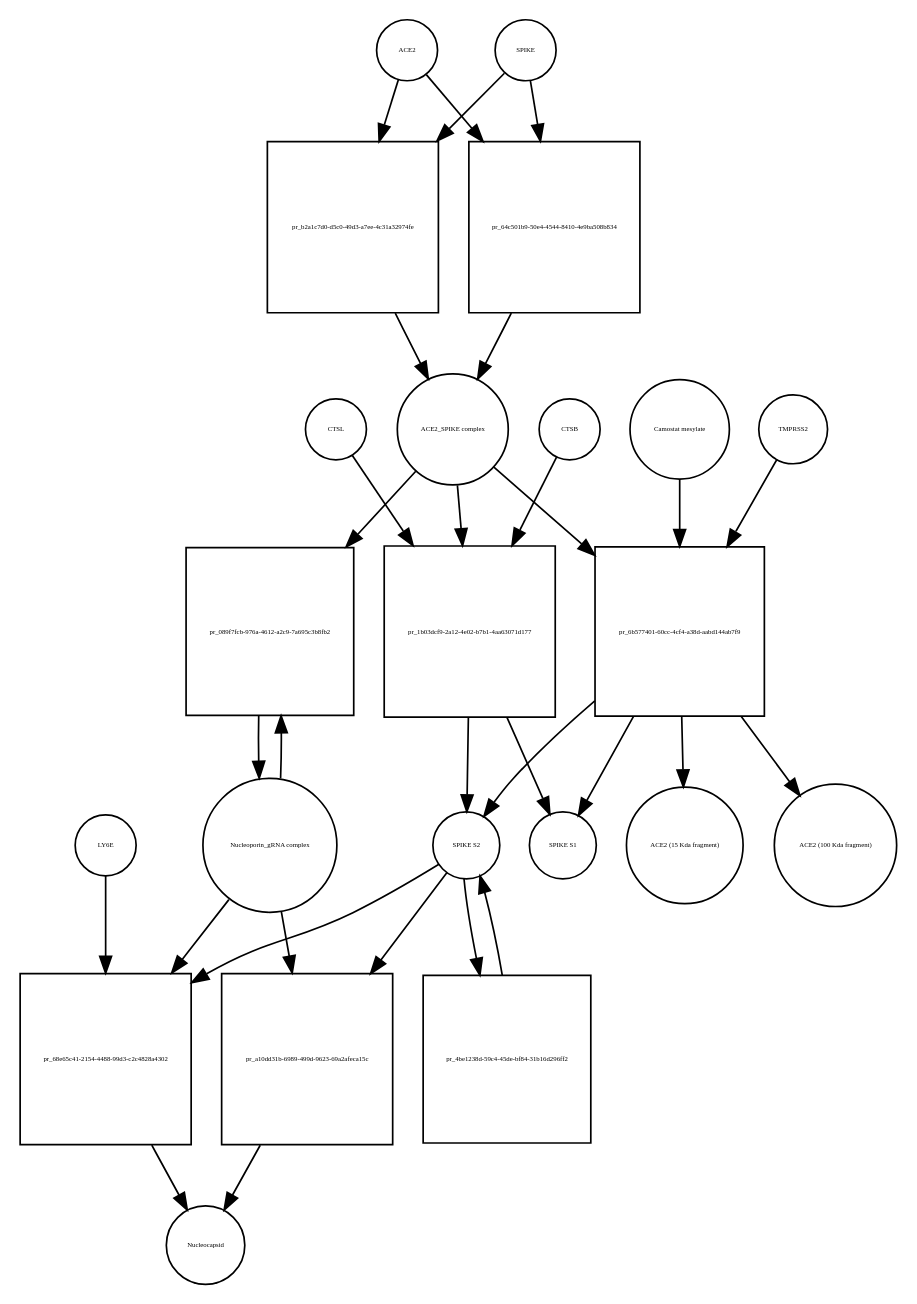
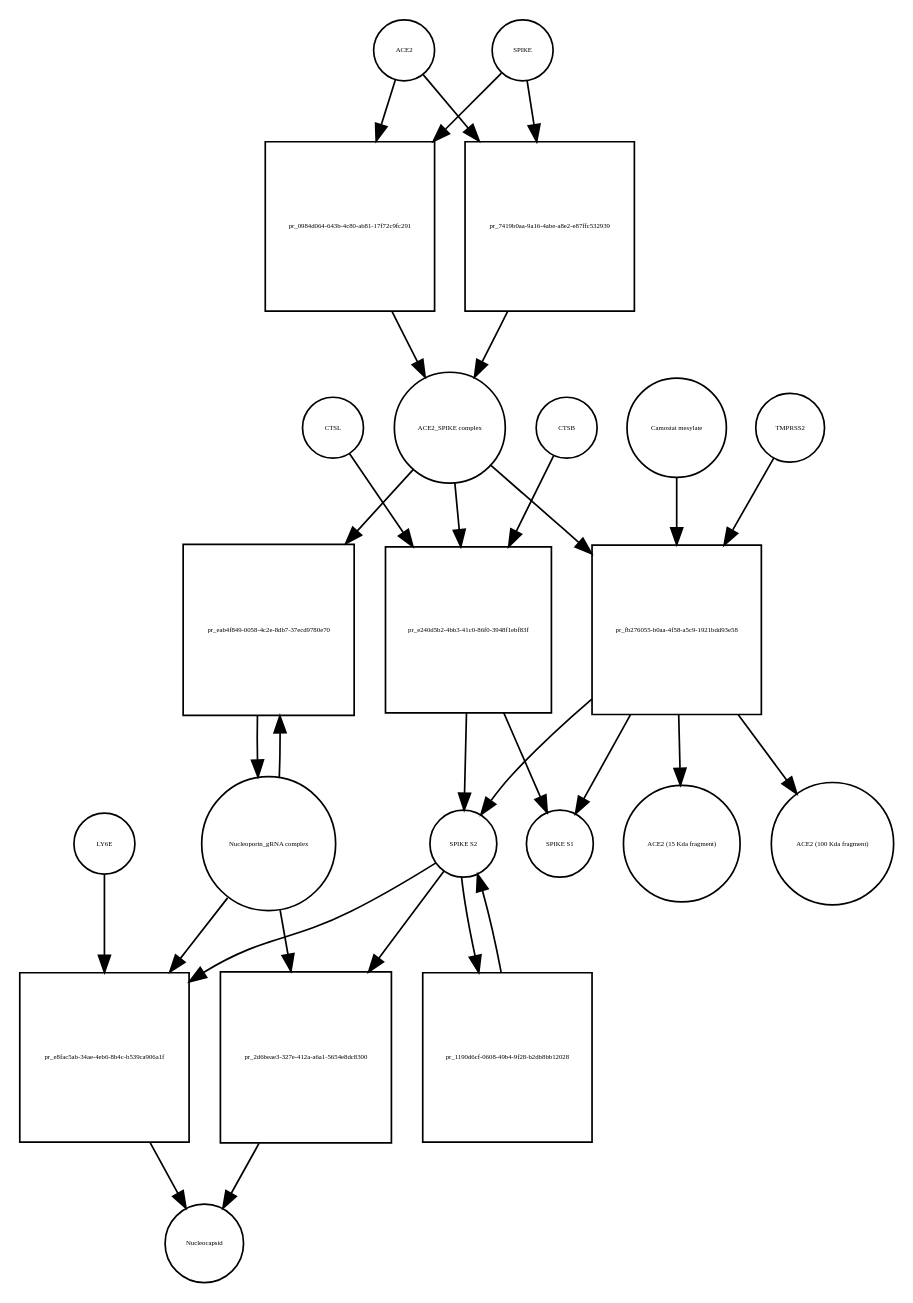
Before and after one commit to cannin/covid19-sbgn: the diagram in Virus_replication_cycle_V02.xml_bipartite.dot, drawn with Graphviz. The commit also changed 564 other files, not shown here.

```diff
--- a/Virus_replication_cycle_V02.xml_bipartite.dot
+++ b/Virus_replication_cycle_V02.xml_bipartite.dot
@@ -1,54 +1,54 @@
 strict digraph  {
 ACE2 [annotation="", bipartite=0, cls=macromolecule, fontsize=4, label=ACE2, shape=circle];
-"pr_b2a1c7d0-d5c0-49d3-a7ee-4c31a32974fe" [annotation="", bipartite=1, cls=process, fontsize=4, label="pr_b2a1c7d0-d5c0-49d3-a7ee-4c31a32974fe", shape=square];
+"pr_0984d064-643b-4c80-ab81-17f72c9fc291" [annotation="", bipartite=1, cls=process, fontsize=4, label="pr_0984d064-643b-4c80-ab81-17f72c9fc291", shape=square];
 "ACE2_SPIKE complex" [annotation="", bipartite=0, cls=complex, fontsize=4, label="ACE2_SPIKE complex", shape=circle];
 SPIKE [annotation="", bipartite=0, cls="macromolecule multimer", fontsize=4, label=SPIKE, shape=circle];
 "Nucleoporin_gRNA complex " [annotation="", bipartite=0, cls=complex, fontsize=4, label="Nucleoporin_gRNA complex ", shape=circle];
-"pr_089f7fcb-976a-4612-a2c9-7a695c3b8fb2" [annotation="", bipartite=1, cls=process, fontsize=4, label="pr_089f7fcb-976a-4612-a2c9-7a695c3b8fb2", shape=square];
-"pr_1b03dcf9-2a12-4e02-b7b1-4aa63071d177" [annotation="", bipartite=1, cls=process, fontsize=4, label="pr_1b03dcf9-2a12-4e02-b7b1-4aa63071d177", shape=square];
+"pr_eab4f849-0058-4c2e-8db7-37ecd9780e70" [annotation="", bipartite=1, cls=process, fontsize=4, label="pr_eab4f849-0058-4c2e-8db7-37ecd9780e70", shape=square];
+"pr_e240d5b2-4bb3-41c0-86f0-3948f1ebf83f" [annotation="", bipartite=1, cls=process, fontsize=4, label="pr_e240d5b2-4bb3-41c0-86f0-3948f1ebf83f", shape=square];
 "SPIKE S2" [annotation="", bipartite=0, cls=macromolecule, fontsize=4, label="SPIKE S2", shape=circle];
 CTSB [annotation="", bipartite=0, cls=macromolecule, fontsize=4, label=CTSB, shape=circle];
 CTSL [annotation="", bipartite=0, cls=macromolecule, fontsize=4, label=CTSL, shape=circle];
 "SPIKE S1" [annotation="", bipartite=0, cls=macromolecule, fontsize=4, label="SPIKE S1", shape=circle];
-"pr_6b577401-60cc-4cf4-a38d-aabd144ab7f9" [annotation="", bipartite=1, cls=process, fontsize=4, label="pr_6b577401-60cc-4cf4-a38d-aabd144ab7f9", shape=square];
+"pr_fb276055-b0aa-4f58-a5c9-1921bdd93e58" [annotation="", bipartite=1, cls=process, fontsize=4, label="pr_fb276055-b0aa-4f58-a5c9-1921bdd93e58", shape=square];
 TMPRSS2 [annotation="", bipartite=0, cls=macromolecule, fontsize=4, label=TMPRSS2, shape=circle];
 "Camostat mesylate" [annotation="urn_miriam_pubchem.compound_2536", bipartite=0, cls="simple chemical", fontsize=4, label="Camostat mesylate", shape=circle];
 "ACE2 (15 Kda fragment)" [annotation="", bipartite=0, cls=macromolecule, fontsize=4, label="ACE2 (15 Kda fragment)", shape=circle];
 "ACE2 (100 Kda fragment)" [annotation="", bipartite=0, cls=macromolecule, fontsize=4, label="ACE2 (100 Kda fragment)", shape=circle];
-"pr_64c501b9-50e4-4544-8410-4e9ba508b834" [annotation="", bipartite=1, cls=process, fontsize=4, label="pr_64c501b9-50e4-4544-8410-4e9ba508b834", shape=square];
-"pr_68e65c41-2154-4488-99d3-c2c4828a4302" [annotation="", bipartite=1, cls=process, fontsize=4, label="pr_68e65c41-2154-4488-99d3-c2c4828a4302", shape=square];
+"pr_7419b0aa-9a16-4abe-a8e2-e87ffc532939" [annotation="", bipartite=1, cls=process, fontsize=4, label="pr_7419b0aa-9a16-4abe-a8e2-e87ffc532939", shape=square];
+"pr_e8fac5ab-34ae-4eb6-8b4c-b539ca906a1f" [annotation="", bipartite=1, cls=process, fontsize=4, label="pr_e8fac5ab-34ae-4eb6-8b4c-b539ca906a1f", shape=square];
 Nucleocapsid [annotation="", bipartite=0, cls=complex, fontsize=4, label=Nucleocapsid, shape=circle];
 LY6E [annotation="", bipartite=0, cls=macromolecule, fontsize=4, label=LY6E, shape=circle];
-"pr_4be1238d-59c4-45de-bf84-31b16d296ff2" [annotation="", bipartite=1, cls=process, fontsize=4, label="pr_4be1238d-59c4-45de-bf84-31b16d296ff2", shape=square];
-"pr_a10dd31b-6989-499d-9623-69a2afeca15c" [annotation="", bipartite=1, cls=process, fontsize=4, label="pr_a10dd31b-6989-499d-9623-69a2afeca15c", shape=square];
-ACE2 -> "pr_b2a1c7d0-d5c0-49d3-a7ee-4c31a32974fe"  [annotation="", interaction_type=consumption];
-ACE2 -> "pr_64c501b9-50e4-4544-8410-4e9ba508b834"  [annotation="", interaction_type=consumption];
-"pr_b2a1c7d0-d5c0-49d3-a7ee-4c31a32974fe" -> "ACE2_SPIKE complex"  [annotation="", interaction_type=production];
-"ACE2_SPIKE complex" -> "pr_089f7fcb-976a-4612-a2c9-7a695c3b8fb2"  [annotation="urn_miriam_pubmed_32142651|urn_miriam_pubmed_32094589", interaction_type=stimulation];
-"ACE2_SPIKE complex" -> "pr_1b03dcf9-2a12-4e02-b7b1-4aa63071d177"  [annotation="", interaction_type=consumption];
-"ACE2_SPIKE complex" -> "pr_6b577401-60cc-4cf4-a38d-aabd144ab7f9"  [annotation="", interaction_type=consumption];
-SPIKE -> "pr_b2a1c7d0-d5c0-49d3-a7ee-4c31a32974fe"  [annotation="", interaction_type=consumption];
-SPIKE -> "pr_64c501b9-50e4-4544-8410-4e9ba508b834"  [annotation="", interaction_type=consumption];
-"Nucleoporin_gRNA complex " -> "pr_089f7fcb-976a-4612-a2c9-7a695c3b8fb2"  [annotation="", interaction_type=consumption];
-"Nucleoporin_gRNA complex " -> "pr_68e65c41-2154-4488-99d3-c2c4828a4302"  [annotation="", interaction_type=consumption];
-"Nucleoporin_gRNA complex " -> "pr_a10dd31b-6989-499d-9623-69a2afeca15c"  [annotation="", interaction_type=consumption];
-"pr_089f7fcb-976a-4612-a2c9-7a695c3b8fb2" -> "Nucleoporin_gRNA complex "  [annotation="", interaction_type=production];
-"pr_1b03dcf9-2a12-4e02-b7b1-4aa63071d177" -> "SPIKE S2"  [annotation="", interaction_type=production];
-"pr_1b03dcf9-2a12-4e02-b7b1-4aa63071d177" -> "SPIKE S1"  [annotation="", interaction_type=production];
-"SPIKE S2" -> "pr_68e65c41-2154-4488-99d3-c2c4828a4302"  [annotation="urn_miriam_doi_10.1101%2F2020.03.05.979260|urn_miriam_doi_10.1101%2F2020.04.02.021469", interaction_type=stimulation];
-"SPIKE S2" -> "pr_4be1238d-59c4-45de-bf84-31b16d296ff2"  [annotation="", interaction_type=consumption];
-"SPIKE S2" -> "pr_a10dd31b-6989-499d-9623-69a2afeca15c"  [annotation="", interaction_type=stimulation];
-CTSB -> "pr_1b03dcf9-2a12-4e02-b7b1-4aa63071d177"  [annotation=urn_miriam_pubmed_32142651, interaction_type=catalysis];
-CTSL -> "pr_1b03dcf9-2a12-4e02-b7b1-4aa63071d177"  [annotation=urn_miriam_pubmed_32142651, interaction_type=catalysis];
-"pr_6b577401-60cc-4cf4-a38d-aabd144ab7f9" -> "SPIKE S2"  [annotation="", interaction_type=production];
-"pr_6b577401-60cc-4cf4-a38d-aabd144ab7f9" -> "SPIKE S1"  [annotation="", interaction_type=production];
-"pr_6b577401-60cc-4cf4-a38d-aabd144ab7f9" -> "ACE2 (15 Kda fragment)"  [annotation="", interaction_type=production];
-"pr_6b577401-60cc-4cf4-a38d-aabd144ab7f9" -> "ACE2 (100 Kda fragment)"  [annotation="", interaction_type=production];
-TMPRSS2 -> "pr_6b577401-60cc-4cf4-a38d-aabd144ab7f9"  [annotation="urn_miriam_pubmed_32142651|urn_miriam_pubmed_32094589|urn_miriam_pubmed_24227843", interaction_type=catalysis];
-"Camostat mesylate" -> "pr_6b577401-60cc-4cf4-a38d-aabd144ab7f9"  [annotation="urn_miriam_pubmed_32142651|urn_miriam_pubmed_32094589|urn_miriam_pubmed_24227843", interaction_type=inhibition];
-"pr_64c501b9-50e4-4544-8410-4e9ba508b834" -> "ACE2_SPIKE complex"  [annotation="", interaction_type=production];
-"pr_68e65c41-2154-4488-99d3-c2c4828a4302" -> Nucleocapsid  [annotation="", interaction_type=production];
-LY6E -> "pr_68e65c41-2154-4488-99d3-c2c4828a4302"  [annotation="urn_miriam_doi_10.1101%2F2020.03.05.979260|urn_miriam_doi_10.1101%2F2020.04.02.021469", interaction_type=inhibition];
-"pr_4be1238d-59c4-45de-bf84-31b16d296ff2" -> "SPIKE S2"  [annotation="", interaction_type=production];
-"pr_a10dd31b-6989-499d-9623-69a2afeca15c" -> Nucleocapsid  [annotation="", interaction_type=production];
+"pr_1190d6cf-0608-49b4-9f28-b2db8bb12028" [annotation="", bipartite=1, cls=process, fontsize=4, label="pr_1190d6cf-0608-49b4-9f28-b2db8bb12028", shape=square];
+"pr_2d6beae3-327e-412a-a6a1-5654e8dc8300" [annotation="", bipartite=1, cls=process, fontsize=4, label="pr_2d6beae3-327e-412a-a6a1-5654e8dc8300", shape=square];
+ACE2 -> "pr_0984d064-643b-4c80-ab81-17f72c9fc291"  [annotation="", interaction_type=consumption];
+ACE2 -> "pr_7419b0aa-9a16-4abe-a8e2-e87ffc532939"  [annotation="", interaction_type=consumption];
+"pr_0984d064-643b-4c80-ab81-17f72c9fc291" -> "ACE2_SPIKE complex"  [annotation="", interaction_type=production];
+"ACE2_SPIKE complex" -> "pr_eab4f849-0058-4c2e-8db7-37ecd9780e70"  [annotation="urn_miriam_pubmed_32142651|urn_miriam_pubmed_32094589", interaction_type=stimulation];
+"ACE2_SPIKE complex" -> "pr_e240d5b2-4bb3-41c0-86f0-3948f1ebf83f"  [annotation="", interaction_type=consumption];
+"ACE2_SPIKE complex" -> "pr_fb276055-b0aa-4f58-a5c9-1921bdd93e58"  [annotation="", interaction_type=consumption];
+SPIKE -> "pr_0984d064-643b-4c80-ab81-17f72c9fc291"  [annotation="", interaction_type=consumption];
+SPIKE -> "pr_7419b0aa-9a16-4abe-a8e2-e87ffc532939"  [annotation="", interaction_type=consumption];
+"Nucleoporin_gRNA complex " -> "pr_eab4f849-0058-4c2e-8db7-37ecd9780e70"  [annotation="", interaction_type=consumption];
+"Nucleoporin_gRNA complex " -> "pr_e8fac5ab-34ae-4eb6-8b4c-b539ca906a1f"  [annotation="", interaction_type=consumption];
+"Nucleoporin_gRNA complex " -> "pr_2d6beae3-327e-412a-a6a1-5654e8dc8300"  [annotation="", interaction_type=consumption];
+"pr_eab4f849-0058-4c2e-8db7-37ecd9780e70" -> "Nucleoporin_gRNA complex "  [annotation="", interaction_type=production];
+"pr_e240d5b2-4bb3-41c0-86f0-3948f1ebf83f" -> "SPIKE S2"  [annotation="", interaction_type=production];
+"pr_e240d5b2-4bb3-41c0-86f0-3948f1ebf83f" -> "SPIKE S1"  [annotation="", interaction_type=production];
+"SPIKE S2" -> "pr_e8fac5ab-34ae-4eb6-8b4c-b539ca906a1f"  [annotation="urn_miriam_doi_10.1101%2F2020.03.05.979260|urn_miriam_doi_10.1101%2F2020.04.02.021469", interaction_type=stimulation];
+"SPIKE S2" -> "pr_1190d6cf-0608-49b4-9f28-b2db8bb12028"  [annotation="", interaction_type=consumption];
+"SPIKE S2" -> "pr_2d6beae3-327e-412a-a6a1-5654e8dc8300"  [annotation="", interaction_type=stimulation];
+CTSB -> "pr_e240d5b2-4bb3-41c0-86f0-3948f1ebf83f"  [annotation=urn_miriam_pubmed_32142651, interaction_type=catalysis];
+CTSL -> "pr_e240d5b2-4bb3-41c0-86f0-3948f1ebf83f"  [annotation=urn_miriam_pubmed_32142651, interaction_type=catalysis];
+"pr_fb276055-b0aa-4f58-a5c9-1921bdd93e58" -> "SPIKE S2"  [annotation="", interaction_type=production];
+"pr_fb276055-b0aa-4f58-a5c9-1921bdd93e58" -> "SPIKE S1"  [annotation="", interaction_type=production];
+"pr_fb276055-b0aa-4f58-a5c9-1921bdd93e58" -> "ACE2 (15 Kda fragment)"  [annotation="", interaction_type=production];
+"pr_fb276055-b0aa-4f58-a5c9-1921bdd93e58" -> "ACE2 (100 Kda fragment)"  [annotation="", interaction_type=production];
+TMPRSS2 -> "pr_fb276055-b0aa-4f58-a5c9-1921bdd93e58"  [annotation="urn_miriam_pubmed_32142651|urn_miriam_pubmed_32094589|urn_miriam_pubmed_24227843", interaction_type=catalysis];
+"Camostat mesylate" -> "pr_fb276055-b0aa-4f58-a5c9-1921bdd93e58"  [annotation="urn_miriam_pubmed_32142651|urn_miriam_pubmed_32094589|urn_miriam_pubmed_24227843", interaction_type=inhibition];
+"pr_7419b0aa-9a16-4abe-a8e2-e87ffc532939" -> "ACE2_SPIKE complex"  [annotation="", interaction_type=production];
+"pr_e8fac5ab-34ae-4eb6-8b4c-b539ca906a1f" -> Nucleocapsid  [annotation="", interaction_type=production];
+LY6E -> "pr_e8fac5ab-34ae-4eb6-8b4c-b539ca906a1f"  [annotation="urn_miriam_doi_10.1101%2F2020.03.05.979260|urn_miriam_doi_10.1101%2F2020.04.02.021469", interaction_type=inhibition];
+"pr_1190d6cf-0608-49b4-9f28-b2db8bb12028" -> "SPIKE S2"  [annotation="", interaction_type=production];
+"pr_2d6beae3-327e-412a-a6a1-5654e8dc8300" -> Nucleocapsid  [annotation="", interaction_type=production];
 }
```
